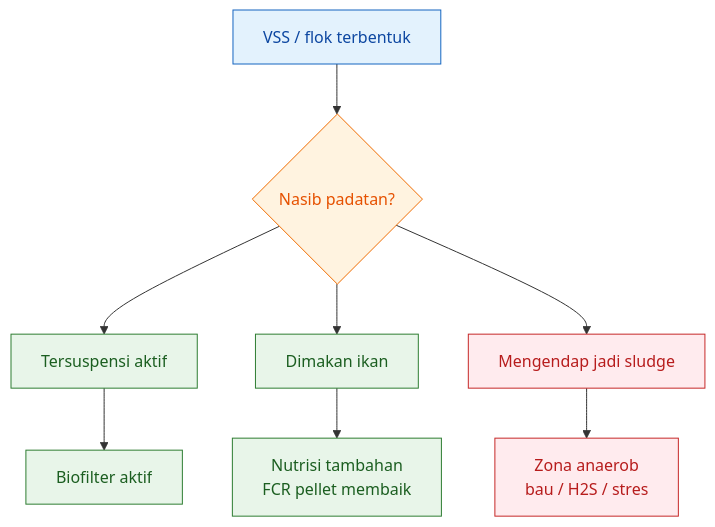
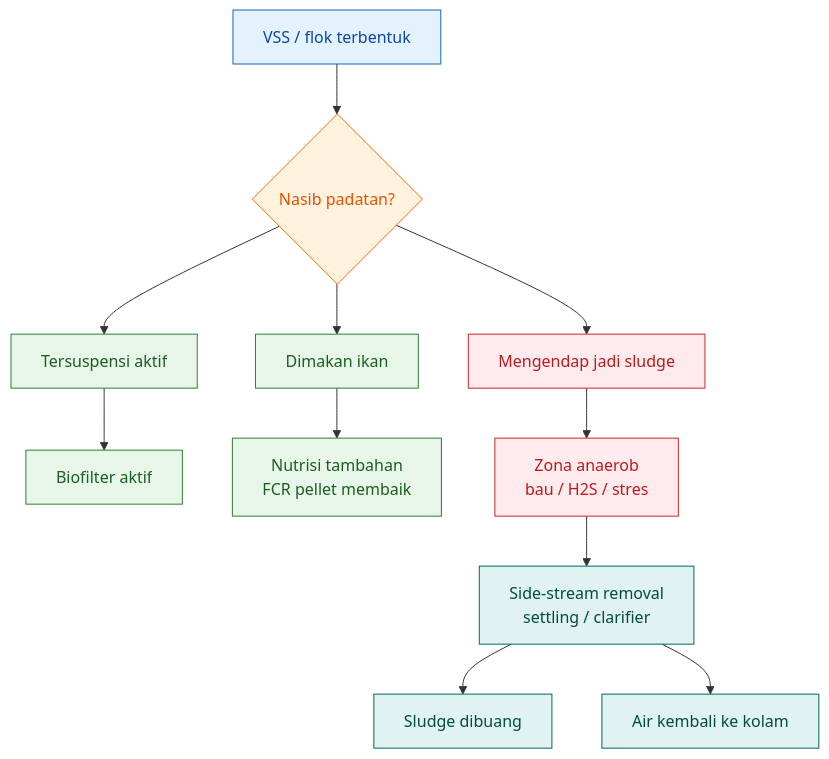
One commit to slametsampon/kawruhnology changed diagram 12 of 39 in content/blog/agri/perikanan/bioflok-nila-berbasis-neraca-mikroba.mdx. Above: the diagram before and after it, drawn with Mermaid. The commit also changed other lines of this file, not shown here.

````diff
--- a/content/blog/agri/perikanan/bioflok-nila-berbasis-neraca-mikroba.mdx
+++ b/content/blog/agri/perikanan/bioflok-nila-berbasis-neraca-mikroba.mdx
@@ -2890,21 +3123,27 @@
 ```mermaid
 flowchart TD
     A["VSS / flok terbentuk"] --> B{"Nasib padatan?"}
     B --> C["Tersuspensi aktif"]
     B --> D["Dimakan ikan"]
     B --> E["Mengendap jadi sludge"]
 
     C --> F["Biofilter aktif"]
     D --> G["Nutrisi tambahan<br/>FCR pellet membaik"]
     E --> H["Zona anaerob<br/>bau / H2S / stres"]
 
+    H --> I["Side-stream removal<br/>settling / clarifier"]
+    I --> J["Sludge dibuang"]
+    I --> K["Air kembali ke kolam"]
+
     classDef start fill:#E3F2FD,stroke:#1565C0,color:#0D47A1,stroke-width:1px;
     classDef decision fill:#FFF3E0,stroke:#EF6C00,color:#E65100,stroke-width:1px;
     classDef good fill:#E8F5E9,stroke:#2E7D32,color:#1B5E20,stroke-width:1px;
     classDef bad fill:#FFEBEE,stroke:#C62828,color:#B71C1C,stroke-width:1px;
+    classDef removal fill:#E0F2F1,stroke:#00695C,color:#004D40,stroke-width:1px;
 
     class A start;
     class B decision;
     class C,D,F,G good;
     class E,H bad;
+    class I,J,K removal;
 ```
````
